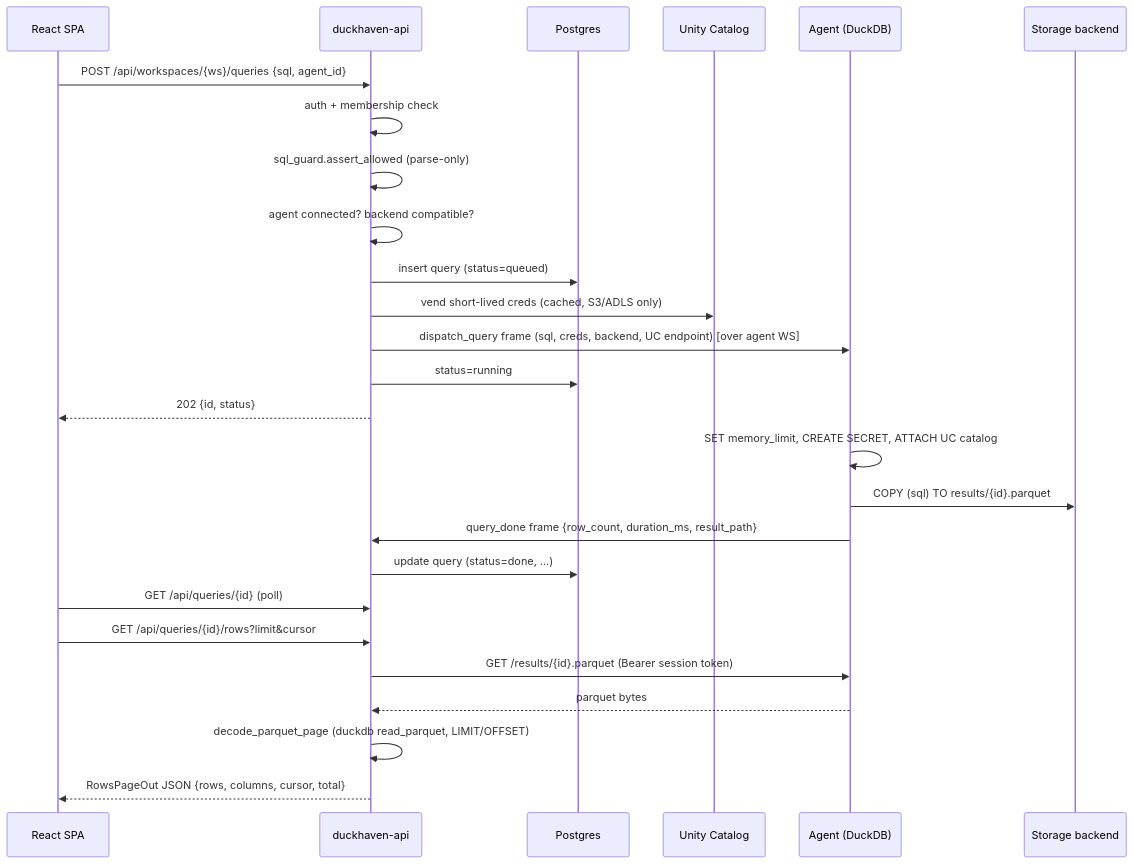
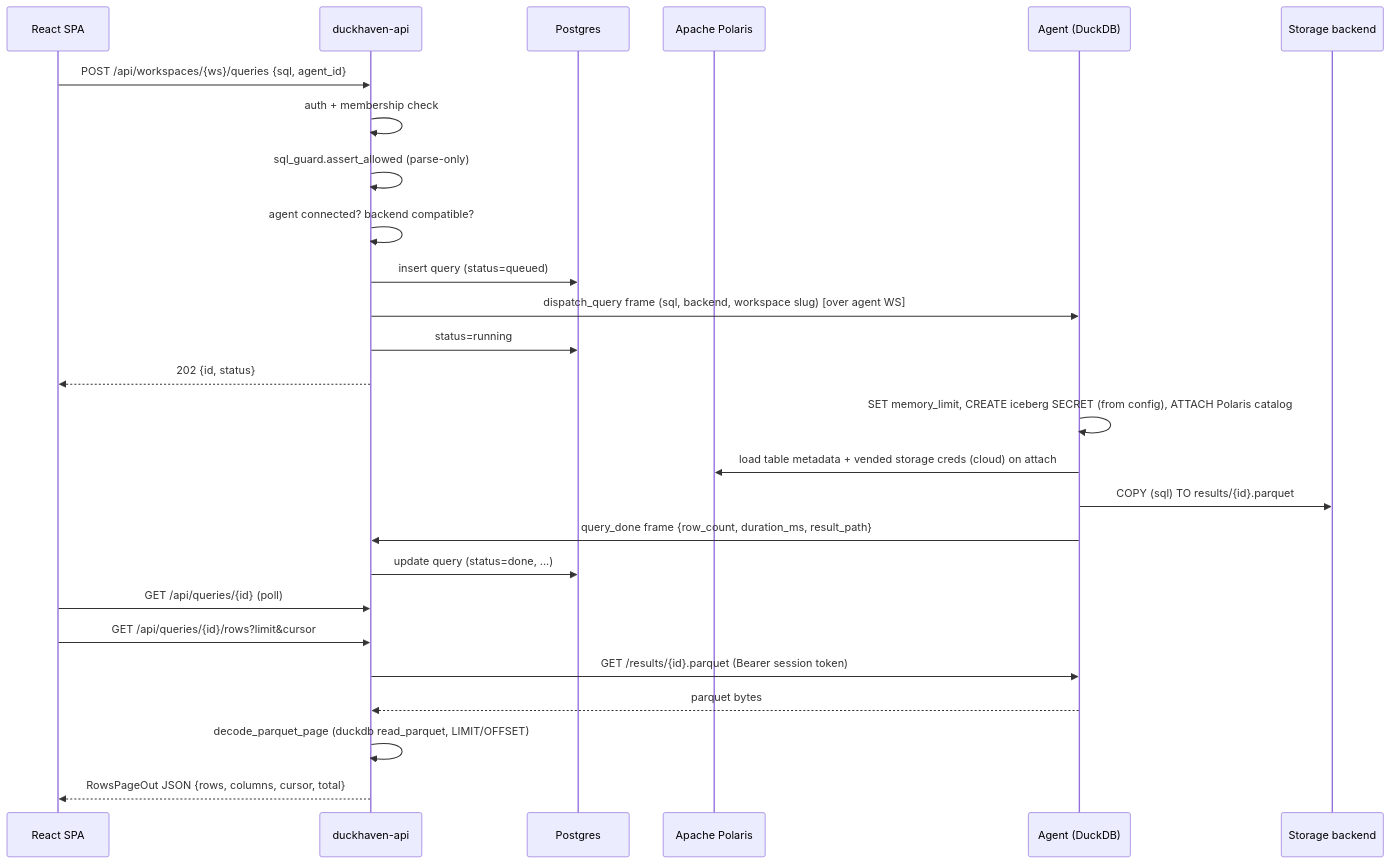
The third of 4 diagrams in docs/ARCHITECTURE.md (tamasmrtn/duckhaven), drawn with Mermaid before and after one commit. The commit also changed other lines of this file and 22 other files, not shown here.

First line of the commit message:
Remove Unity Catalog and Delta, update docs and tests

````diff
--- a/docs/ARCHITECTURE.md
+++ b/docs/ARCHITECTURE.md
@@ -416,31 +416,31 @@
 ```mermaid
 sequenceDiagram
     participant UI as React SPA
     participant API as duckhaven-api
     participant PG as Postgres
-    participant UC as Unity Catalog
+    participant Polaris as Apache Polaris
     participant AG as Agent (DuckDB)
     participant ST as Storage backend
 
     UI->>API: POST /api/workspaces/{ws}/queries {sql, agent_id}
     API->>API: auth + membership check
     API->>API: sql_guard.assert_allowed (parse-only)
     API->>API: agent connected? backend compatible?
     API->>PG: insert query (status=queued)
-    API->>UC: vend short-lived creds (cached, S3/ADLS only)
-    API->>AG: dispatch_query frame (sql, creds, backend, UC endpoint) [over agent WS]
+    API->>AG: dispatch_query frame (sql, backend, workspace slug) [over agent WS]
     API->>PG: status=running
     API-->>UI: 202 {id, status}
 
-    AG->>AG: SET memory_limit, CREATE SECRET, ATTACH UC catalog
+    AG->>AG: SET memory_limit, CREATE iceberg SECRET (from config), ATTACH Polaris catalog
+    AG->>Polaris: load table metadata + vended storage creds (cloud) on attach
     AG->>ST: COPY (sql) TO results/{id}.parquet
     AG->>API: query_done frame {row_count, duration_ms, result_path}
     API->>PG: update query (status=done, ...)
 
     UI->>API: GET /api/queries/{id} (poll)
     UI->>API: GET /api/queries/{id}/rows?limit&cursor
     API->>AG: GET /results/{id}.parquet (Bearer session token)
     AG-->>API: parquet bytes
     API->>API: decode_parquet_page (duckdb read_parquet, LIMIT/OFFSET)
     API-->>UI: RowsPageOut JSON {rows, columns, cursor, total}
 ```
````
